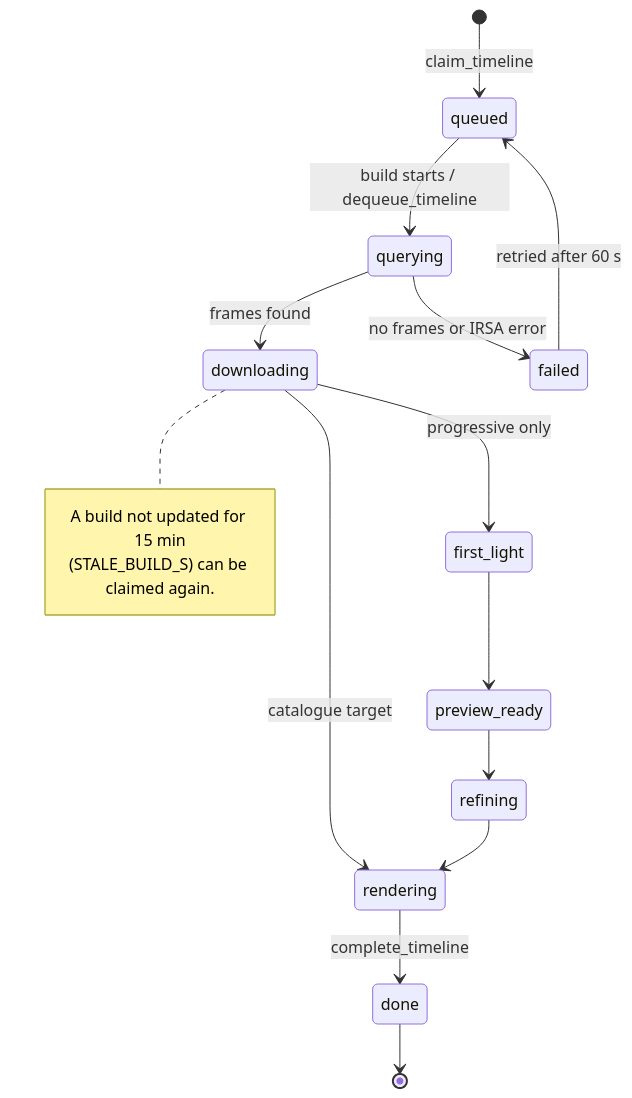
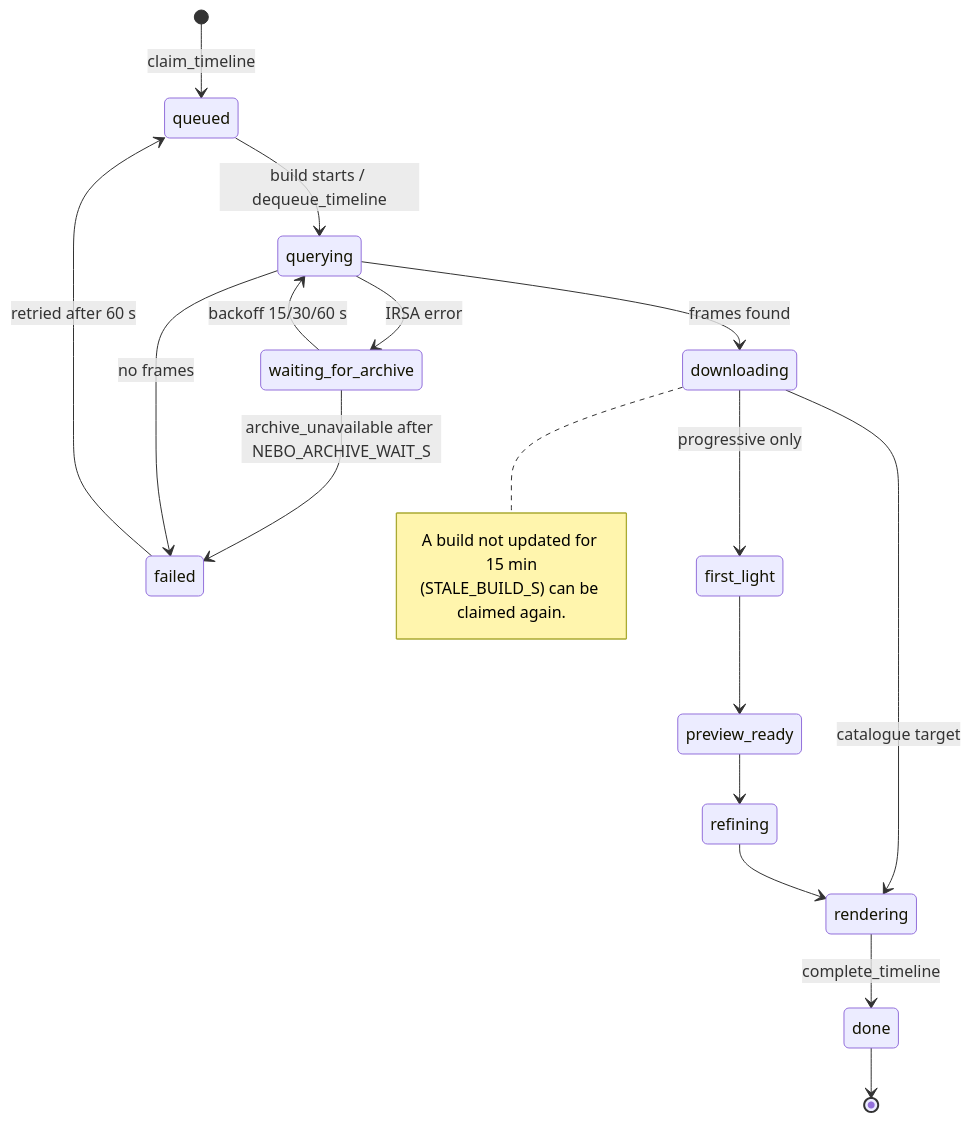
One commit to toroc07/nebo-app changed the sixth of 10 diagrams in docs/architecture.md. Above: the diagram before and after it, drawn with Mermaid. The commit also changed other lines of this file and 4 other files, not shown here.

Commit message:
feat(backend): wait out IRSA outages with backoff before failing a field build

````diff
--- a/docs/architecture.md
+++ b/docs/architecture.md
@@ -265,19 +265,22 @@
 ```mermaid
 stateDiagram-v2
   [*] --> queued: claim_timeline
   queued --> querying: build starts / dequeue_timeline
   querying --> downloading: frames found
-  querying --> failed: no frames or IRSA error
+  querying --> waiting_for_archive: IRSA error
+  waiting_for_archive --> querying: backoff 15/30/60 s
+  waiting_for_archive --> failed: archive_unavailable after NEBO_ARCHIVE_WAIT_S
+  querying --> failed: no frames
   downloading --> first_light: progressive only
   first_light --> preview_ready
   preview_ready --> refining
   downloading --> rendering: catalogue target
   refining --> rendering
   rendering --> done: complete_timeline
   failed --> queued: retried after 60 s
   done --> [*]
   note right of downloading
     A build not updated for 15 min
     (STALE_BUILD_S) can be claimed again.
   end note
 ```
````
